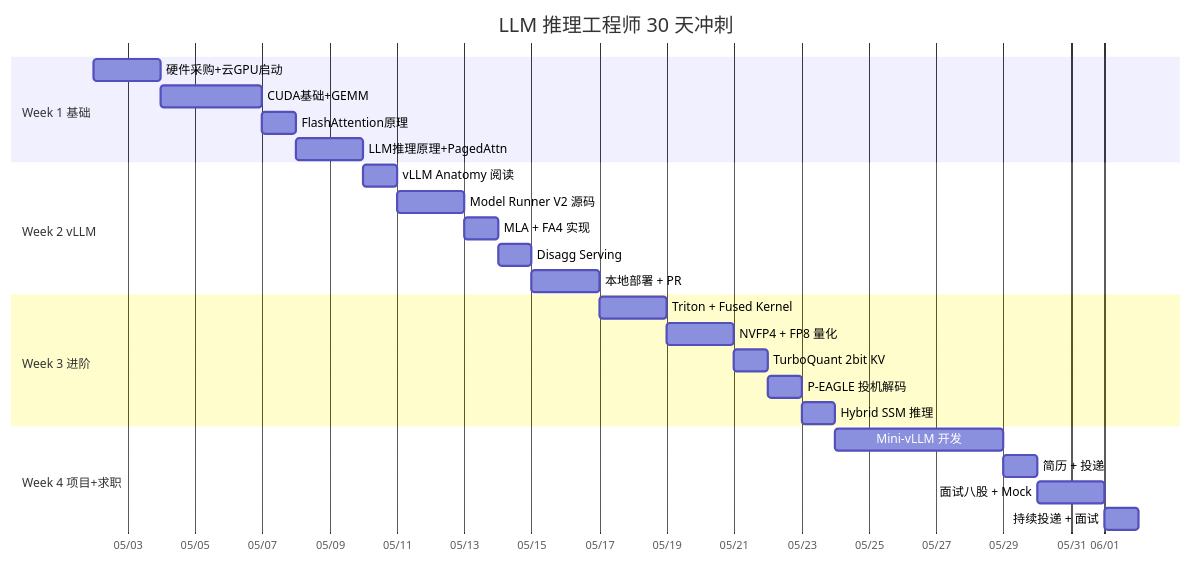
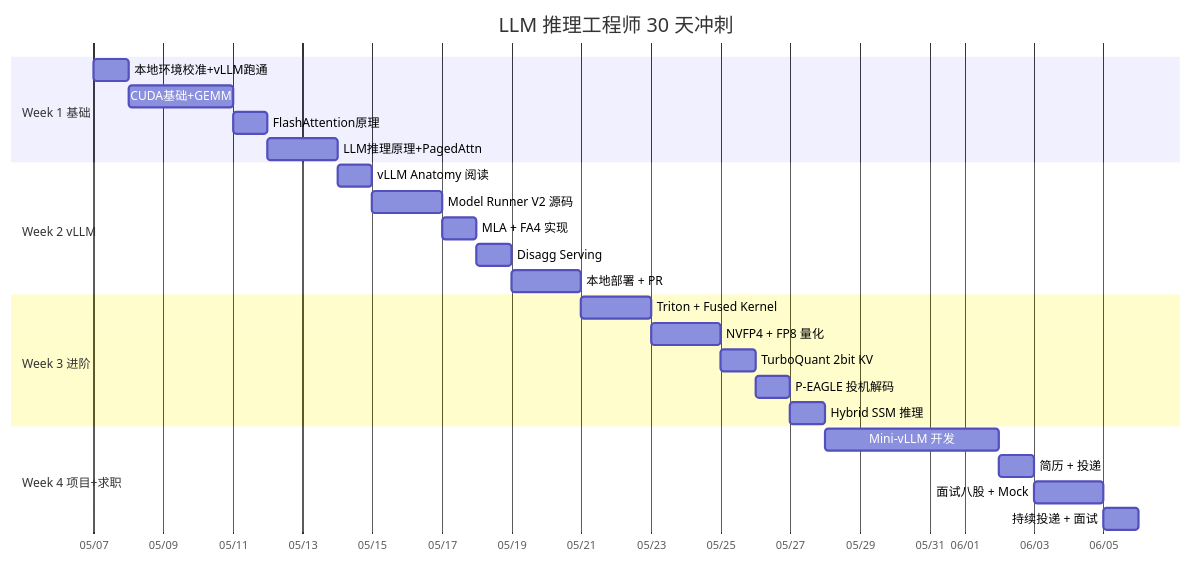
One commit to Xuefei-Zhang/llm-infer-journey changed the second of 4 diagrams in README.md. Above: the diagram before and after it, drawn with Mermaid. The commit also changed other lines of this file and 11 other files, not shown here.

````diff
--- a/README.md
+++ b/README.md
@@ -50,32 +50,32 @@
 ```mermaid
 gantt
     title LLM 推理工程师 30 天冲刺
     dateFormat YYYY-MM-DD
     axisFormat %m/%d
 
     section Week 1 基础
-    硬件采购+云GPU启动     :a1, 2026-05-02, 2d
+    本地环境校准+vLLM跑通  :a1, 2026-05-07, 1d
     CUDA基础+GEMM        :a2, after a1, 3d
     FlashAttention原理    :a3, after a2, 1d
     LLM推理原理+PagedAttn :a4, after a3, 2d
 
     section Week 2 vLLM
     vLLM Anatomy 阅读   :b1, after a4, 1d
     Model Runner V2 源码 :b2, after b1, 2d
     MLA + FA4 实现      :b3, after b2, 1d
     Disagg Serving      :b4, after b3, 1d
     本地部署 + PR        :b5, after b4, 2d
 
     section Week 3 进阶
     Triton + Fused Kernel:c1, after b5, 2d
     NVFP4 + FP8 量化     :c2, after c1, 2d
     TurboQuant 2bit KV   :c3, after c2, 1d
     P-EAGLE 投机解码     :c4, after c3, 1d
     Hybrid SSM 推理      :c5, after c4, 1d
 
     section Week 4 项目+求职
     Mini-vLLM 开发       :d1, after c5, 5d
     简历 + 投递          :d2, after d1, 1d
     面试八股 + Mock      :d3, after d2, 2d
     持续投递 + 面试       :d4, after d3, 1d
 ```
````
